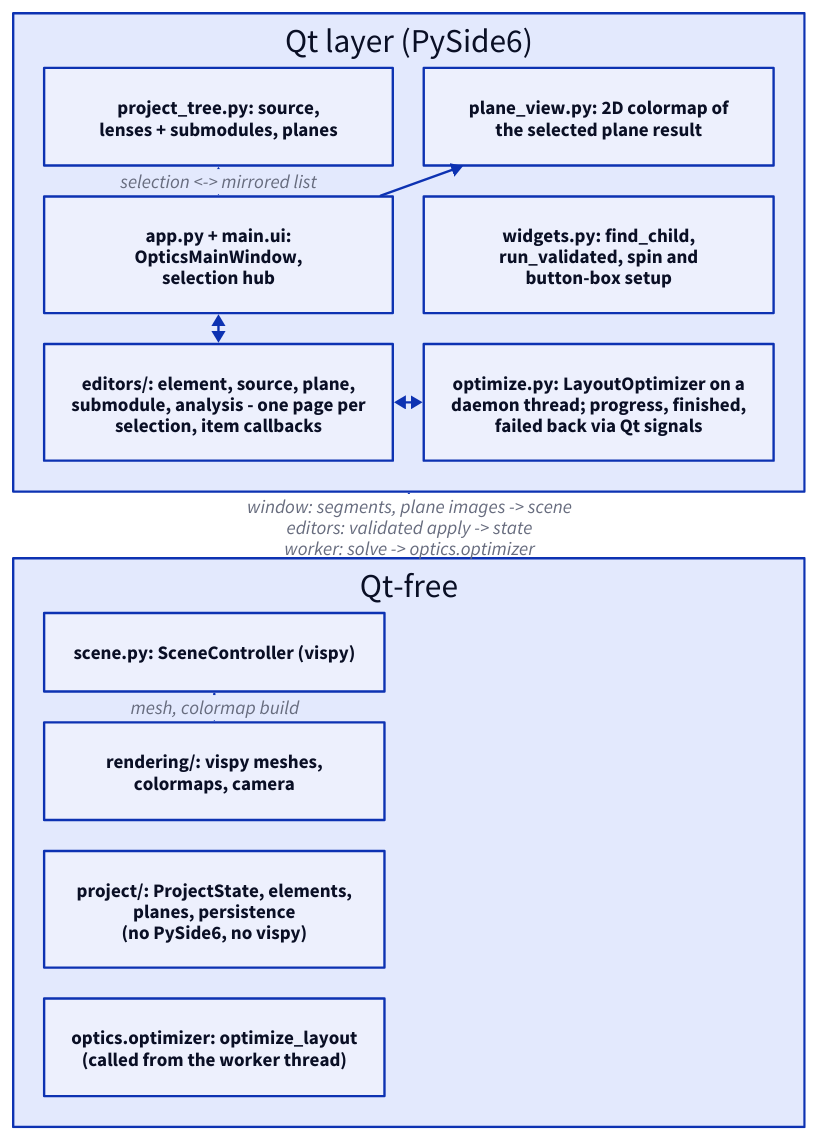
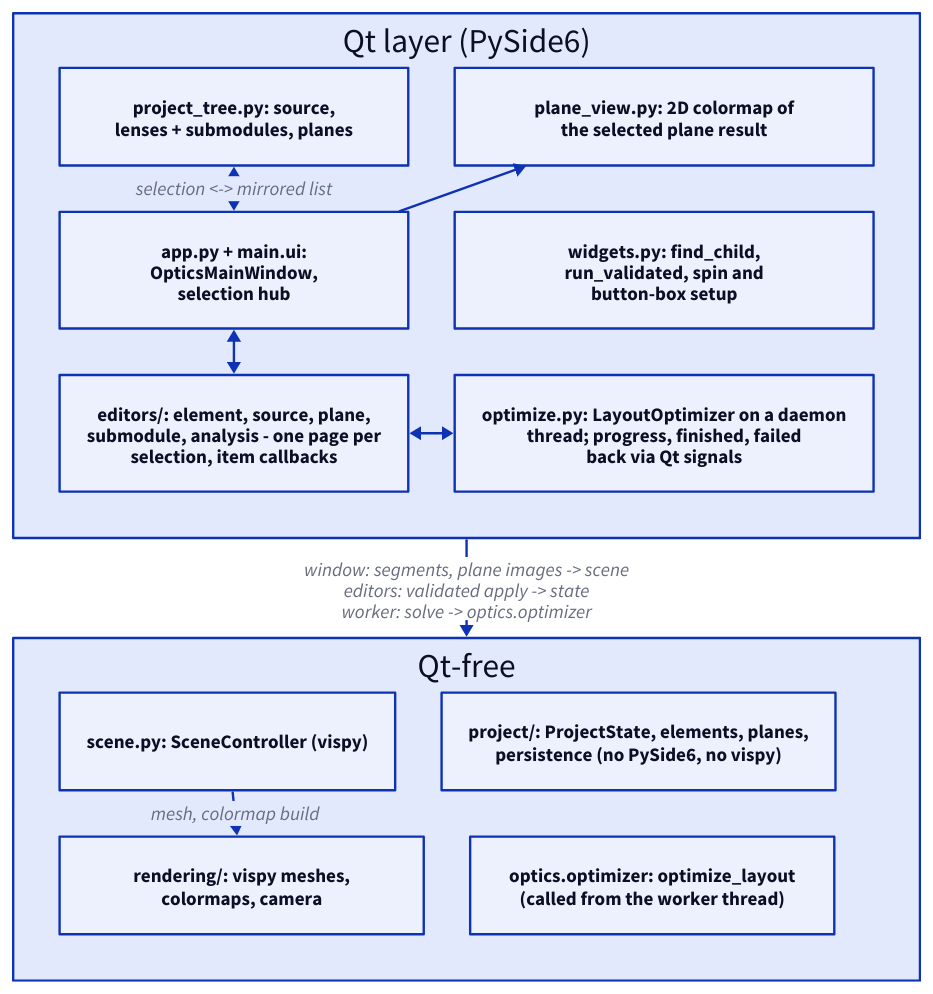
One commit to propane865/OpticsSimulator changed the diagram in docs/diagrams/ui-application.d2. Above: the diagram before and after it, drawn with D2. The commit also changed 11 other files, not shown here.

Commit message:
docs: rescale diagrams

```diff
--- a/docs/diagrams/ui-application.d2
+++ b/docs/diagrams/ui-application.d2
@@ -1,31 +1,31 @@
 grid-rows: 2
-grid-gap: 56
+grid-gap: 84
 
 qt: "Qt layer (PySide6)" {
   grid-columns: 2
-  grid-gap: 26
+  grid-gap: 39
   tree: "project_tree.py: source,\nlenses + submodules, planes"
   win: "app.py + main.ui:\nOpticsMainWindow,\nselection hub"
   ed: "editors/: element, source, plane,\nsubmodule, analysis - one page per\nselection, item callbacks"
   pv: "plane_view.py: 2D colormap of\nthe selected plane result"
   widgets: "widgets.py: find_child,\nrun_validated, spin and\nbutton-box setup"
-  work: "optimize.py: LayoutOptimizer on a\ndaemon thread; progress, finished,\nfailed back via Qt signals"
+  work: "optimize.py: LayoutOptimizer on a daemon\nthread; progress, finished, failed\nback via Qt signals"
 
   win <-> tree: selection <-> mirrored list
   win <-> ed
   win -> pv
   ed <-> work
 }
 
 free: "Qt-free" {
-  grid-rows: 4
-  grid-gap: 26
+  grid-rows: 2
+  grid-gap: 39
   scene: "scene.py: SceneController (vispy)"
+  state: "project/: ProjectState, elements, planes,\npersistence (no PySide6, no vispy)"
   rendering: "rendering/: vispy meshes,\ncolormaps, camera"
-  state: "project/: ProjectState, elements,\nplanes, persistence\n(no PySide6, no vispy)"
   opt: "optics.optimizer: optimize_layout\n(called from the worker thread)"
 
   scene -> rendering: mesh, colormap build
 }
 
 qt -> free: "window: segments, plane images -> scene\neditors: validated apply -> state\nworker: solve -> optics.optimizer"
```
